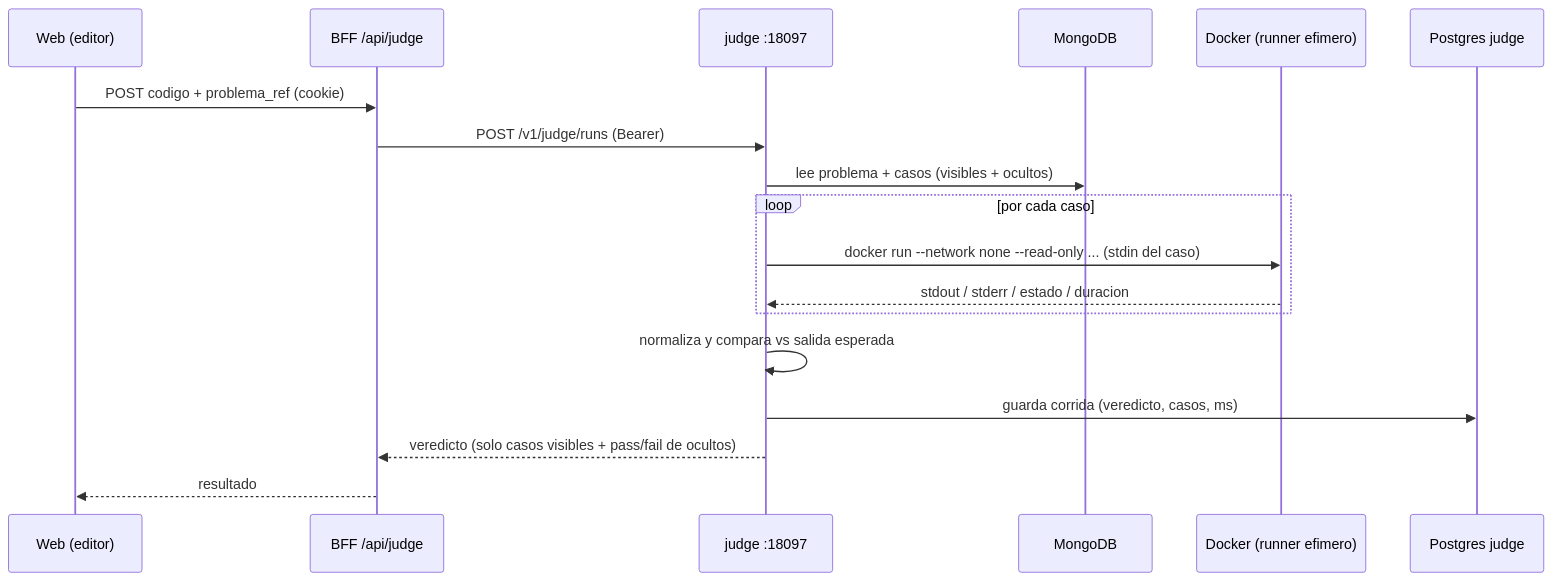
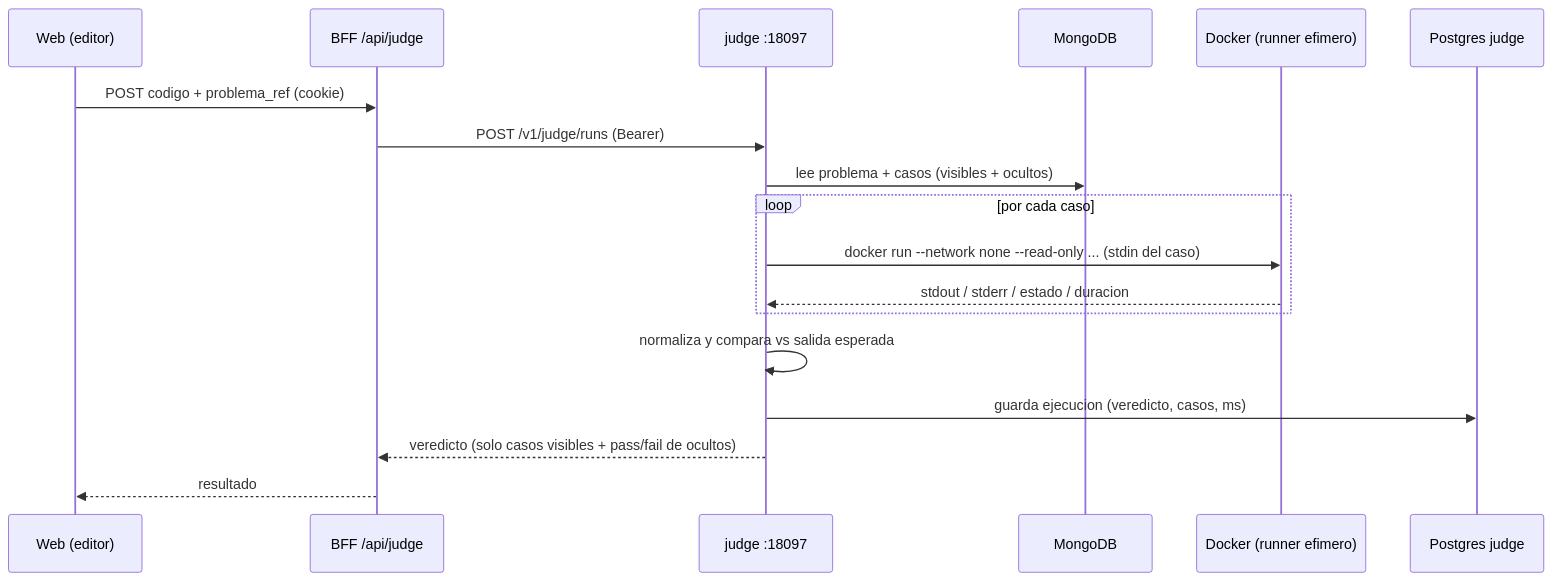
The fifth of 11 diagrams in README.md (Diegomed11/CertReady), drawn with Mermaid before and after one commit. The commit also changed other lines of this file and 47 other files, not shown here.

Commit message:
refactor: renombra 'corrida' a 'ejecucion' en todo (BD, codigo, ETL, API, UI)

````diff
--- a/README.md
+++ b/README.md
@@ -329,21 +329,21 @@
 ```mermaid
 sequenceDiagram
   participant Web as Web (editor)
   participant BFF as BFF /api/judge
   participant J as judge :18097
   participant M as MongoDB
   participant D as Docker (runner efimero)
   participant PG as Postgres judge
 
   Web->>BFF: POST codigo + problema_ref (cookie)
   BFF->>J: POST /v1/judge/runs (Bearer)
   J->>M: lee problema + casos (visibles + ocultos)
   loop por cada caso
     J->>D: docker run --network none --read-only ... (stdin del caso)
     D-->>J: stdout / stderr / estado / duracion
   end
   J->>J: normaliza y compara vs salida esperada
-  J->>PG: guarda corrida (veredicto, casos, ms)
+  J->>PG: guarda ejecucion (veredicto, casos, ms)
   J-->>BFF: veredicto (solo casos visibles + pass/fail de ocultos)
   BFF-->>Web: resultado
 ```
````
